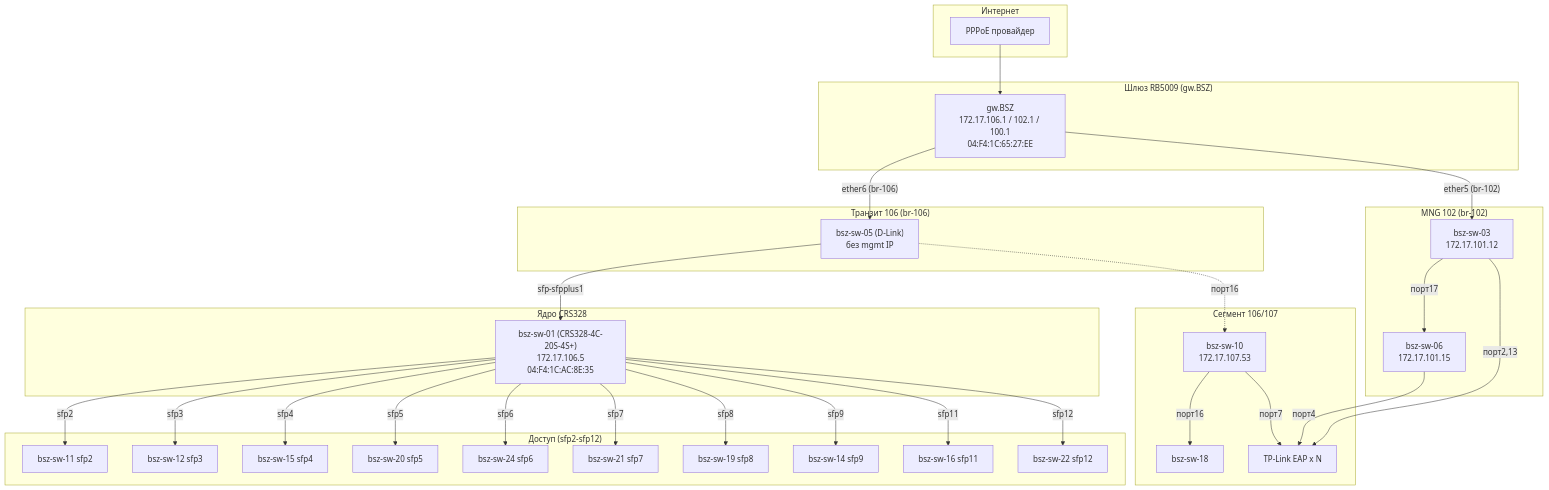
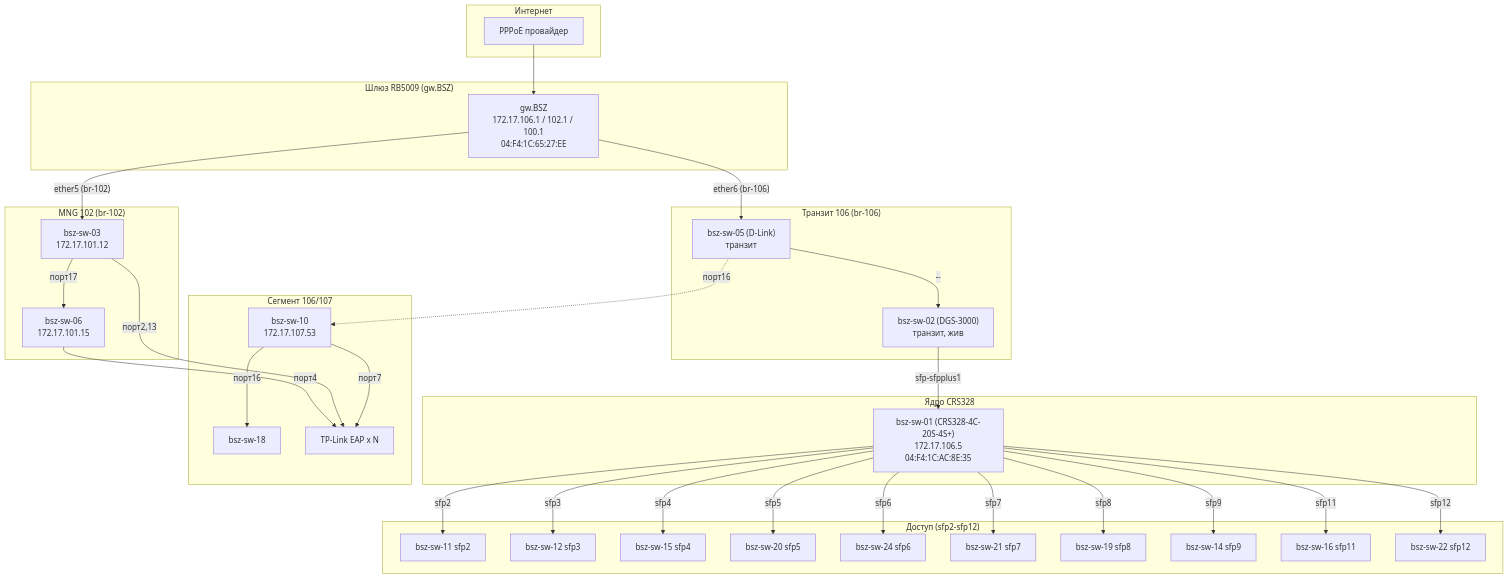
The diagram in topology.md (pbolkhovitin/bsz), drawn with Mermaid before and after one commit. The commit also changed other lines of this file and 11 other files, not shown here.

Commit message:
Перескан 2026-09-11: серверы в 102.x, транзит bsz-sw-05→DGS-3000→CRS328, bsz-sw-18 жив, ARP 583/FDB/DHCP 266

````diff
--- a/topology.md
+++ b/topology.md
@@ -9,65 +9,67 @@
 ```mermaid
 graph TB
     subgraph WAN["Интернет"]
         ISP[PPPoE провайдер]
     end
 
     subgraph GW["Шлюз RB5009 (gw.BSZ)"]
         RB["gw.BSZ<br/>172.17.106.1 / 102.1 / 100.1<br/>04:F4:1C:65:27:EE"]
     end
 
     subgraph TRANSIT["Транзит 106 (br-106)"]
-        SW05["bsz-sw-05 (D-Link)<br/>без mgmt IP"]
+        SW05["bsz-sw-05 (D-Link)<br/>транзит"]
+        SW02["bsz-sw-02 (DGS-3000)<br/>транзит, жив"]
     end
 
     subgraph CORE["Ядро CRS328"]
         CRS["bsz-sw-01 (CRS328-4C-20S-4S+)<br/>172.17.106.5<br/>04:F4:1C:AC:8E:35"]
     end
 
     subgraph ACC["Доступ (sfp2-sfp12)"]
         SW11[bsz-sw-11 sfp2]
         SW12[bsz-sw-12 sfp3]
         SW15[bsz-sw-15 sfp4]
         SW20[bsz-sw-20 sfp5]
         SW24[bsz-sw-24 sfp6]
         SW21[bsz-sw-21 sfp7]
         SW19[bsz-sw-19 sfp8]
         SW14[bsz-sw-14 sfp9]
         SW16[bsz-sw-16 sfp11]
         SW22[bsz-sw-22 sfp12]
     end
 
     subgraph MGMT["MNG 102 (br-102)"]
         SW03["bsz-sw-03<br/>172.17.101.12"]
         SW06["bsz-sw-06<br/>172.17.101.15"]
     end
 
     subgraph SEG106["Сегмент 106/107"]
         SW10["bsz-sw-10<br/>172.17.107.53"]
         SW18[bsz-sw-18]
         EAPs[TP-Link EAP x N]
     end
 
     ISP --> RB
     RB -- "ether6 (br-106)" --> SW05
-    SW05 -- "sfp-sfpplus1" --> CRS
+    SW05 -- "--" --> SW02
+    SW02 -- "sfp-sfpplus1" --> CRS
     RB -- "ether5 (br-102)" --> SW03
     SW03 -- "порт17" --> SW06
 
     CRS -- "sfp2" --> SW11
     CRS -- "sfp3" --> SW12
     CRS -- "sfp4" --> SW15
     CRS -- "sfp5" --> SW20
     CRS -- "sfp6" --> SW24
     CRS -- "sfp7" --> SW21
     CRS -- "sfp8" --> SW19
     CRS -- "sfp9" --> SW14
     CRS -- "sfp11" --> SW16
     CRS -- "sfp12" --> SW22
 
     SW05 -. "порт16" .-> SW10
     SW10 -- "порт16" --> SW18
     SW10 -- "порт7" --> EAPs
     SW03 -- "порт2,13" --> EAPs
     SW06 -- "порт4" --> EAPs
 ```
````
